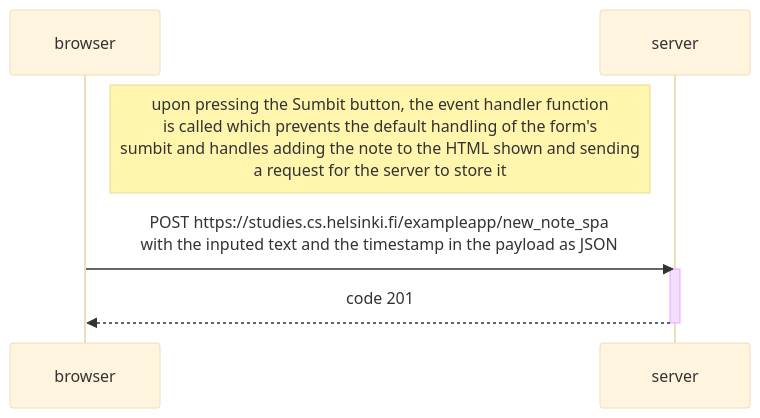
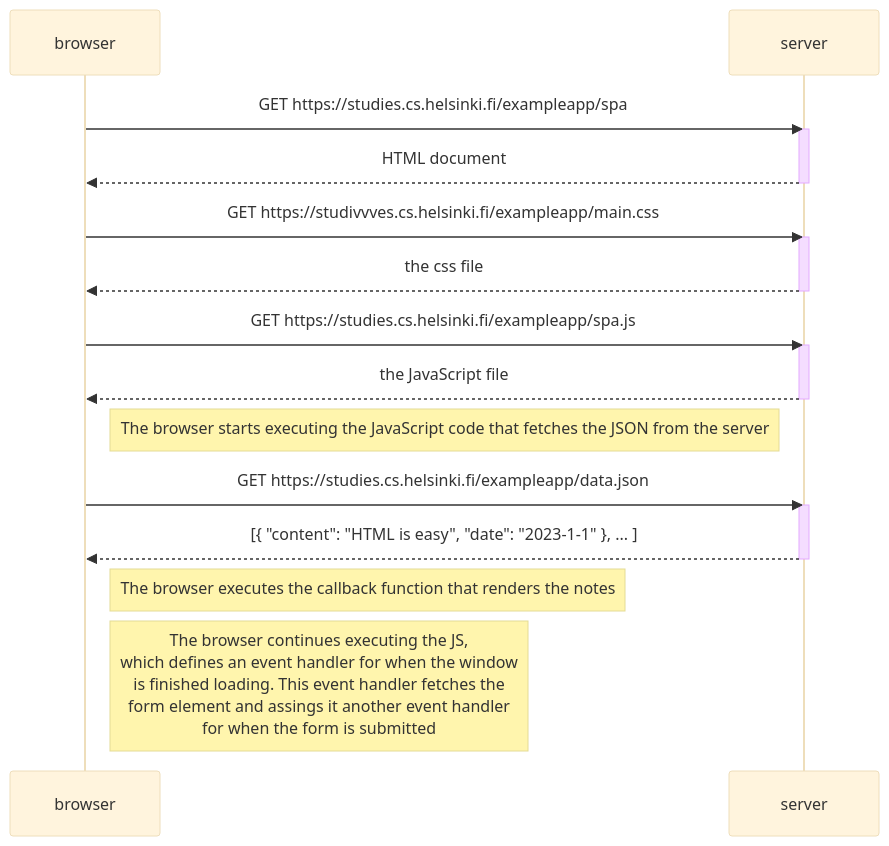
The diagram in part0/0.5.md (Mateov000/FullStackOpen), drawn with Mermaid (base theme) before and after one commit. The commit also changed 1 other file, not shown here.

Commit message:
0.5 was actually 0.6

````diff
--- a/part0/0.5.md
+++ b/part0/0.5.md
@@ -1,13 +1,31 @@
 ```mermaid
 sequenceDiagram
     participant browser
     participant server
 
-    Note right of browser: upon pressing the Sumbit button, the event handler function <br> is called which prevents the default handling of the form's <br> sumbit and handles adding the note to the HTML shown and sending <br> a request for the server to store it
+    browser->>server: GET https://studies.cs.helsinki.fi/exampleapp/spa
+    activate server
+    server-->>browser: HTML document
+    deactivate server
 
-    browser->>server: POST https://studies.cs.helsinki.fi/exampleapp/new_note_spa <br> with the inputed text and the timestamp in the payload as JSON
+    browser->>server: GET https://studivvves.cs.helsinki.fi/exampleapp/main.css
     activate server
-    server-->>browser: code 201
+    server-->>browser: the css file
     deactivate server
+
+    browser->>server: GET https://studies.cs.helsinki.fi/exampleapp/spa.js
+    activate server
+    server-->>browser: the JavaScript file
+    deactivate server
+
+    Note right of browser: The browser starts executing the JavaScript code that fetches the JSON from the server
+
+    browser->>server: GET https://studies.cs.helsinki.fi/exampleapp/data.json
+    activate server
+    server-->>browser: [{ "content": "HTML is easy", "date": "2023-1-1" }, ... ]
+    deactivate server
+
+    Note right of browser: The browser executes the callback function that renders the notes
+    Note right of browser: The browser continues executing the JS, <br> which defines an event handler for when the window <br> is finished loading. This event handler fetches the <br> form element and assings it another event handler <br> for when the form is submitted
     
 ```
````
